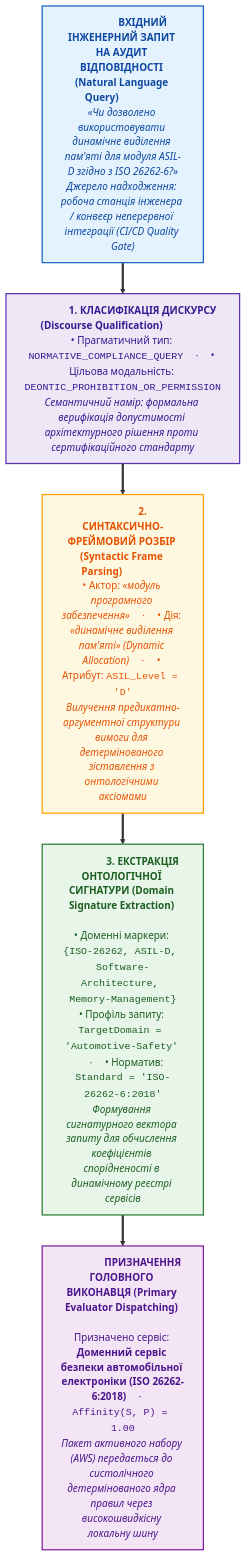
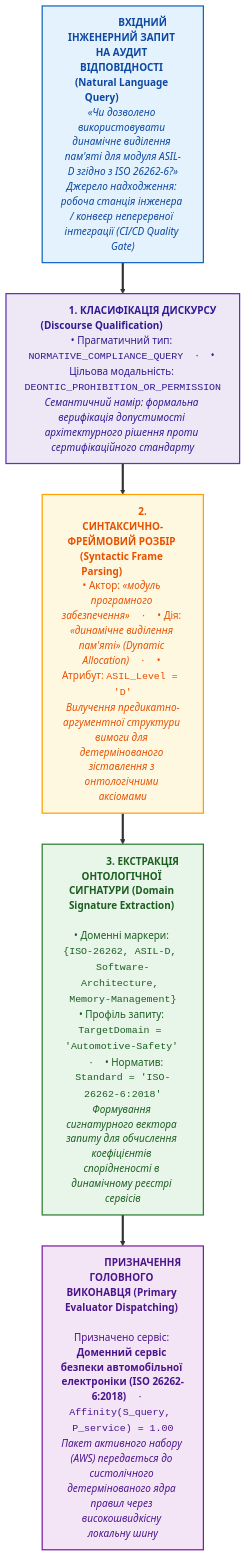
One commit to nick-fedchik/articles changed the second of 4 diagrams in ExpertSystem/ch40-distributed-epistemic-architectures-soa-and-cluster-scaling.md. Above: the diagram before and after it, drawn with Mermaid. The commit also changed other lines of this file, not shown here.

Commit message:
docs(ch40): unify affinity formula notation and parameter definitions

````diff
--- a/ExpertSystem/ch40-distributed-epistemic-architectures-soa-and-cluster-scaling.md
+++ b/ExpertSystem/ch40-distributed-epistemic-architectures-soa-and-cluster-scaling.md
@@ -132,32 +132,32 @@
 ```mermaid
 flowchart TD
     accTitle: Конвеєр синтаксично-лексичного розбору дискурсу в Семантичному Брокері
     accDescr: Поетапна трансформація природномовного запиту інженера у структуровану онтологічну сигнатуру для маршрутизації доменних правил.
 
     IN["&emsp;&emsp;&emsp;&emsp; <b>ВХІДНИЙ ІНЖЕНЕРНИЙ ЗАПИТ НА АУДИТ ВІДПОВІДНОСТІ (Natural Language Query)</b> &emsp;&emsp;&emsp;&emsp;<br><i>«Чи дозволено використовувати динамічне виділення пам'яті для модуля ASIL-D згідно з ISO 26262-6?»</i><br><i>Джерело надходження: робоча станція інженера / конвеєр неперервної інтеграції (CI/CD Quality Gate)</i>"]
 
     STEP1["&emsp;&emsp;&emsp;&emsp; <b>1. КЛАСИФІКАЦІЯ ДИСКУРСУ (Discourse Qualification)</b> &emsp;&emsp;&emsp;&emsp;<br>• Прагматичний тип: <code>NORMATIVE_COMPLIANCE_QUERY</code> &emsp;·&emsp; • Цільова модальність: <code>DEONTIC_PROHIBITION_OR_PERMISSION</code><br><i>Семантичний намір: формальна верифікація допустимості архітектурного рішення проти сертифікаційного стандарту</i>"]
 
     STEP2["&emsp;&emsp;&emsp;&emsp; <b>2. СИНТАКСИЧНО-ФРЕЙМОВИЙ РОЗБІР (Syntactic Frame Parsing)</b> &emsp;&emsp;&emsp;&emsp;<br>• Актор: <i>«модуль програмного забезпечення»</i> &emsp;·&emsp; • Дія: <i>«динамічне виділення пам'яті» (Dynamic Allocation)</i> &emsp;·&emsp; • Атрибут: <code>ASIL_Level = 'D'</code><br><i>Вилучення предикатно-аргументної структури вимоги для детермінованого зіставлення з онтологічними аксіомами</i>"]
 
     STEP3["&emsp;&emsp;&emsp;&emsp; <b>3. ЕКСТРАКЦІЯ ОНТОЛОГІЧНОЇ СИГНАТУРИ (Domain Signature Extraction)</b> &emsp;&emsp;&emsp;&emsp;<br>• Доменні маркери: <code>{ISO-26262, ASIL-D, Software-Architecture, Memory-Management}</code><br>• Профіль запиту: <code>TargetDomain = 'Automotive-Safety'</code> &emsp;·&emsp; • Норматив: <code>Standard = 'ISO-26262-6:2018'</code><br><i>Формування сигнатурного вектора запиту для обчислення коефіцієнтів спорідненості в динамічному реєстрі сервісів</i>"]
 
-    OUT["&emsp;&emsp;&emsp;&emsp; <b>ПРИЗНАЧЕННЯ ГОЛОВНОГО ВИКОНАВЦЯ (Primary Evaluator Dispatching)</b> &emsp;&emsp;&emsp;&emsp;<br>Призначено сервіс: <b>Доменний сервіс безпеки автомобільної електроніки (ISO 26262-6:2018)</b> &emsp;·&emsp; <code>Affinity(S, P) = 1.00</code><br><i>Пакет активного набору (AWS) передається до систолічного детермінованого ядра правил через високошвидкісну локальну шину</i>"]
+    OUT["&emsp;&emsp;&emsp;&emsp; <b>ПРИЗНАЧЕННЯ ГОЛОВНОГО ВИКОНАВЦЯ (Primary Evaluator Dispatching)</b> &emsp;&emsp;&emsp;&emsp;<br>Призначено сервіс: <b>Доменний сервіс безпеки автомобільної електроніки (ISO 26262-6:2018)</b> &emsp;·&emsp; <code>Affinity(S_query, P_service) = 1.00</code><br><i>Пакет активного набору (AWS) передається до систолічного детермінованого ядра правил через високошвидкісну локальну шину</i>"]
 
     IN ==> STEP1
     STEP1 ==> STEP2
     STEP2 ==> STEP3
     STEP3 ==> OUT
 
     classDef query fill:#e3f2fd,stroke:#1565c0,stroke-width:2px,color:#0d47a1;
     classDef step1 fill:#ede7f6,stroke:#5e35b1,stroke-width:2px,color:#311b92;
     classDef step2 fill:#fff8e1,stroke:#ffa000,stroke-width:2px,color:#e65100;
     classDef step3 fill:#e8f5e9,stroke:#2e7d32,stroke-width:2px,color:#1b5e20;
     classDef target fill:#f3e5f5,stroke:#7b1fa2,stroke-width:2px,color:#4a148c;
 
     class IN query;
     class STEP1 step1;
     class STEP2 step2;
     class STEP3 step3;
     class OUT target;
 ```
````
